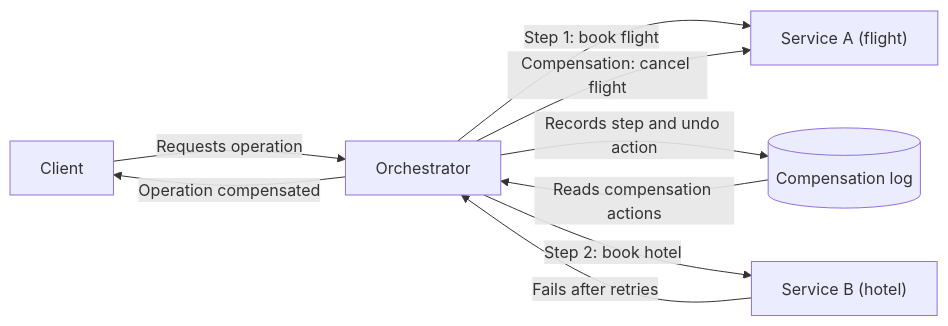
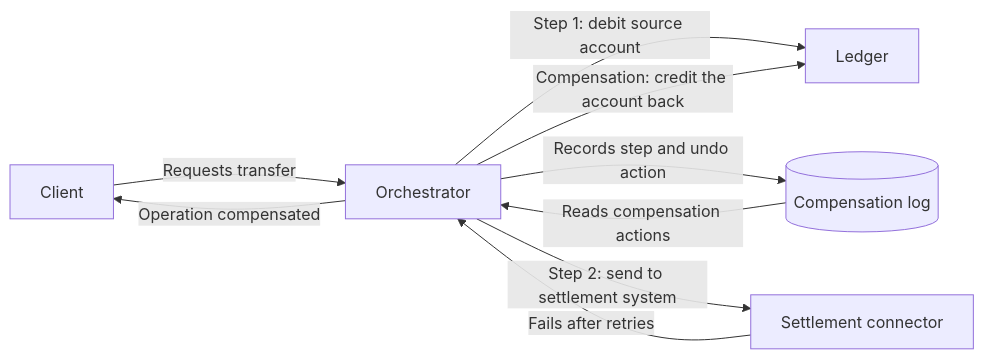
Before and after one commit to alancesar/design-patterns: the diagram in i18n/en/docusaurus-plugin-content-docs/current/architecture/cloud-design-patterns/distributed-coordination/compensating-transaction.md, drawn with Mermaid. The commit also changed other lines of this file and 13 other files, not shown here.

Commit message:
Switch cloud-design-patterns concrete diagrams to fintech scenarios

````diff
--- a/i18n/en/docusaurus-plugin-content-docs/current/architecture/cloud-design-patterns/distributed-coordination/compensating-transaction.md
+++ b/i18n/en/docusaurus-plugin-content-docs/current/architecture/cloud-design-patterns/distributed-coordination/compensating-transaction.md
@@ -65,11 +65,11 @@
 ```mermaid
 flowchart LR
-    C["Client"] -->|"Requests operation"| O["Orchestrator"]
-    O -->|"Step 1: book flight"| A["Service A (flight)"]
+    C["Client"] -->|"Requests transfer"| O["Orchestrator"]
+    O -->|"Step 1: debit source account"| A["Ledger"]
     O -->|"Records step and undo action"| L[("Compensation log")]
-    O -->|"Step 2: book hotel"| B["Service B (hotel)"]
+    O -->|"Step 2: send to settlement system"| B["Settlement connector"]
     B -->|"Fails after retries"| O
     L -->|"Reads compensation actions"| O
-    O -->|"Compensation: cancel flight"| A
+    O -->|"Compensation: credit the account back"| A
     O -->|"Operation compensated"| C
 ```
````
